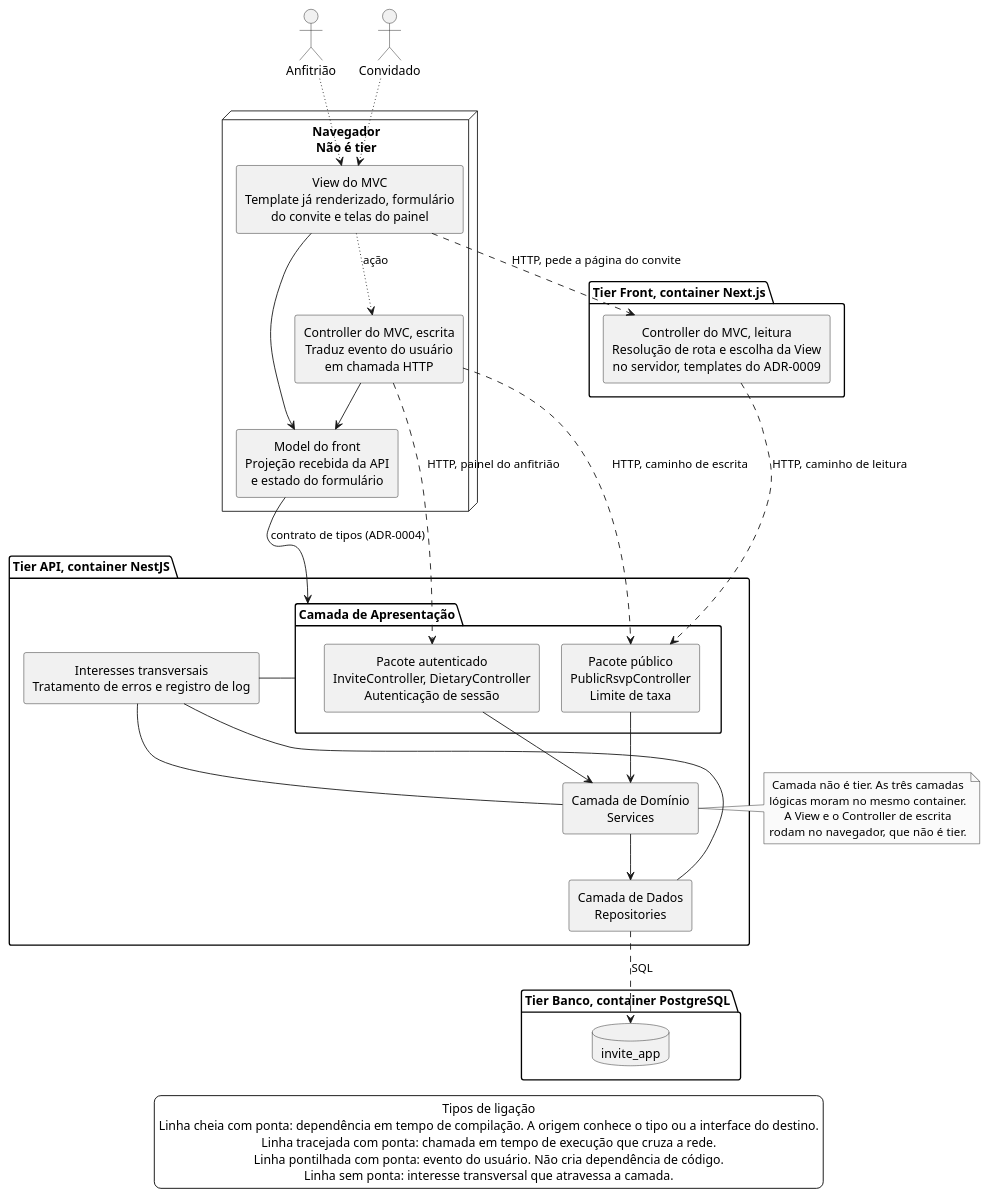
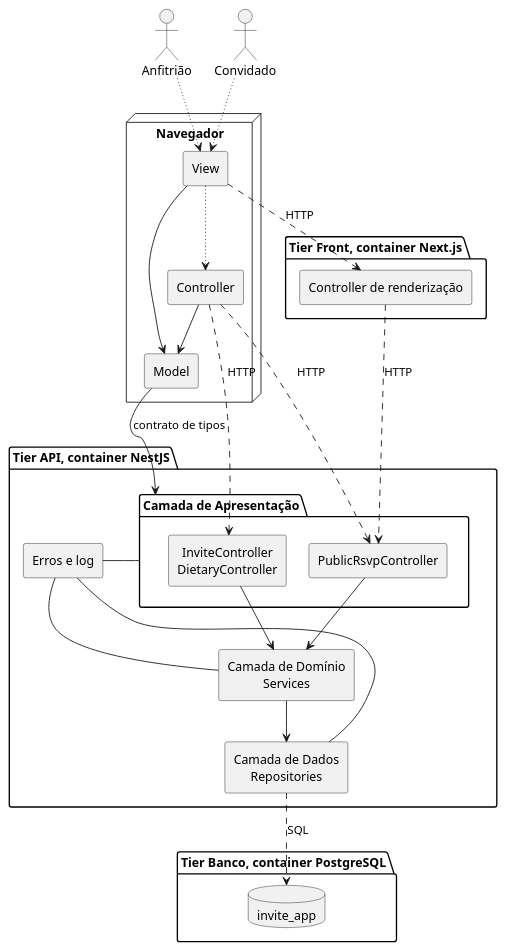
Before and after one commit to tcpassos/invite-app: the diagram in docs/.attachments/diagrama-de-camadas.puml, drawn with PlantUML. The commit also changed 2 other files, not shown here.

Commit message:
docs: diagrama de camadas com rótulos em vez de explicação

```diff
--- a/docs/.attachments/diagrama-de-camadas.puml
+++ b/docs/.attachments/diagrama-de-camadas.puml
@@ -1,85 +1,66 @@
 @startuml diagrama-de-camadas
 ' Fonte do Diagrama de Camadas do Guia da Arquitetura.
 ' Gera o PNG sem instalar nada além do Docker, a partir da pasta onde este arquivo está:
 '   docker run --rm -v "<caminho>:/data" plantuml/plantuml -tpng /data/diagrama-de-camadas.puml
 ' No Windows, <caminho> é o caminho absoluto da pasta, por exemplo D:\invite-app\docs\.attachments
 ' As três camadas lógicas vêm do ADR-0001 e os três tiers do ADR-0002.
-' O navegador aparece fora dos três tiers de propósito. Ele não é unidade de implantação
-' do sistema, e é dele que sai o POST do UC005, sem passar pelo tier Front.
-' Identificadores em inglês, conforme o Guia de Estilo.
-' A explicação fica na página da wiki, não dentro do diagrama.
+' O diagrama traz rótulo, não explicação. A leitura fica na seção 2 do Guia da Arquitetura.
 
 skinparam shadowing false
 skinparam monochrome true
 skinparam componentStyle rectangle
 skinparam defaultTextAlignment center
 skinparam nodesep 25
-skinparam ranksep 40
-skinparam legendBackgroundColor transparent
+skinparam ranksep 45
 
 actor "Anfitrião" as HOST
 actor "Convidado" as GUEST
 
-node "Navegador\nNão é tier" as BROWSER {
-  component "View do MVC\nTemplate já renderizado, formulário\ndo convite e telas do painel" as VIEW
-  component "Controller do MVC, escrita\nTraduz evento do usuário\nem chamada HTTP" as CTRLW
-  component "Model do front\nProjeção recebida da API\ne estado do formulário" as MODEL
+node "Navegador" as BROWSER {
+  component "View" as VIEW
+  component "Controller" as CTRLW
+  component "Model" as MODEL
 }
 
 package "Tier Front, container Next.js" {
-  component "Controller do MVC, leitura\nResolução de rota e escolha da View\nno servidor, templates do ADR-0009" as SSR
+  component "Controller de renderização" as SSR
 }
 
 package "Tier API, container NestJS" {
   package "Camada de Apresentação" as PRESL {
-    component "Pacote público\nPublicRsvpController\nLimite de taxa" as PUB
-    component "Pacote autenticado\nInviteController, DietaryController\nAutenticação de sessão" as AUT
+    component "PublicRsvpController" as PUB
+    component "InviteController\nDietaryController" as AUT
   }
   component "Camada de Domínio\nServices" as DOM
   component "Camada de Dados\nRepositories" as DATA
-  component "Interesses transversais\nTratamento de erros e registro de log" as CROSS
+  component "Erros e log" as CROSS
 }
 
 package "Tier Banco, container PostgreSQL" {
   database "invite_app" as DB
 }
 
 HOST -[dotted]-> VIEW
 GUEST -[dotted]-> VIEW
 
-VIEW -[dotted]-> CTRLW : ação
+VIEW -[dotted]-> CTRLW
 VIEW --> MODEL
 CTRLW --> MODEL
 
-VIEW -[dashed]-> SSR : HTTP, pede a página do convite
-SSR -[dashed]-> PUB : HTTP, caminho de leitura
-CTRLW -[dashed]-> PUB : HTTP, caminho de escrita
-CTRLW -[dashed]-> AUT : HTTP, painel do anfitrião
+VIEW -[dashed]-> SSR : HTTP
+SSR -[dashed]-> PUB : HTTP
+CTRLW -[dashed]-> PUB : HTTP
+CTRLW -[dashed]-> AUT : HTTP
 
-MODEL --> PRESL : contrato de tipos (ADR-0004)
+MODEL --> PRESL : contrato de tipos
 
 PUB --> DOM
 AUT --> DOM
 DOM --> DATA
 DATA -[dashed]-> DB : SQL
 
 PRESL -[norank]- CROSS
 DOM -[norank]- CROSS
 DATA -[norank]- CROSS
 
-note right of DOM
-  Camada não é tier. As três camadas
-  lógicas moram no mesmo container.
-  A View e o Controller de escrita
-  rodam no navegador, que não é tier.
-end note
-
-legend bottom
-  Tipos de ligação
-  Linha cheia com ponta: dependência em tempo de compilação. A origem conhece o tipo ou a interface do destino.
-  Linha tracejada com ponta: chamada em tempo de execução que cruza a rede.
-  Linha pontilhada com ponta: evento do usuário. Não cria dependência de código.
-  Linha sem ponta: interesse transversal que atravessa a camada.
-end legend
-
 @enduml
```
